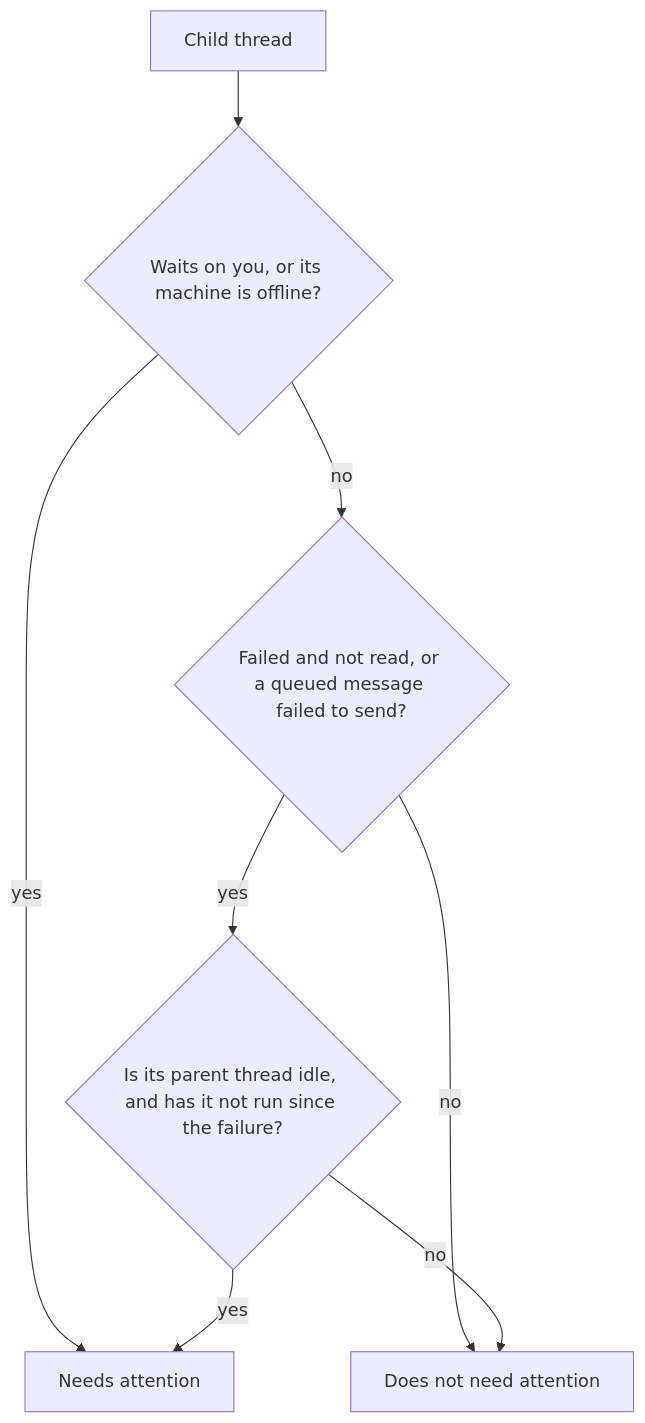
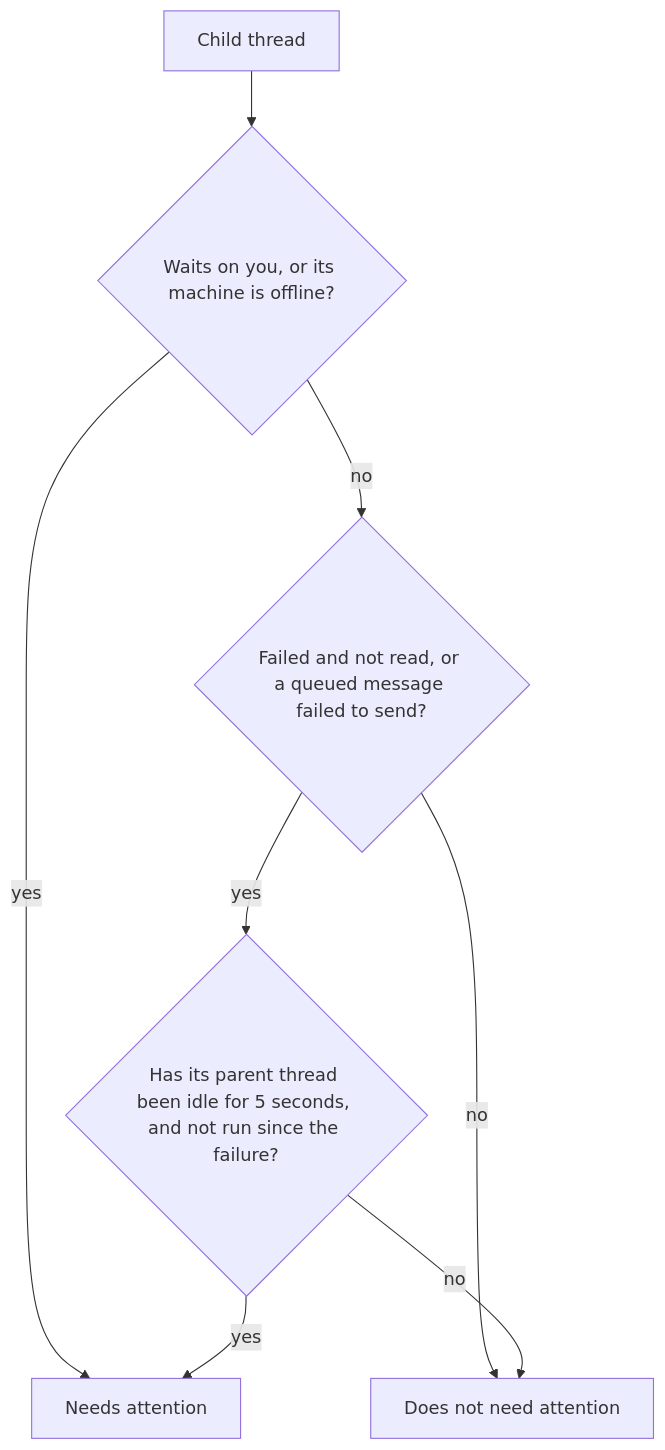
One commit to gperezmz/bb-plugins changed the first of 2 diagrams in docs/explanation/thread-glance-attention.md. Above: the diagram before and after it, drawn with Mermaid. The commit also changed other lines of this file and 35 other files, not shown here.

````diff
--- a/docs/explanation/thread-glance-attention.md
+++ b/docs/explanation/thread-glance-attention.md
@@ -21,10 +23,10 @@
 ```mermaid
 flowchart TD
   child["Child thread"] --> asks{"Waits on you, or its machine is offline?"}
   asks -->|yes| counts["Needs attention"]
   asks -->|no| failed{"Failed and not read, or a queued message failed to send?"}
   failed -->|no| not["Does not need attention"]
-  failed -->|yes| idle{"Is its parent thread idle, and has it not run since the failure?"}
+  failed -->|yes| idle{"Has its parent thread been idle for 5 seconds, and not run since the failure?"}
   idle -->|yes| counts
   idle -->|no| not
 ```
````
